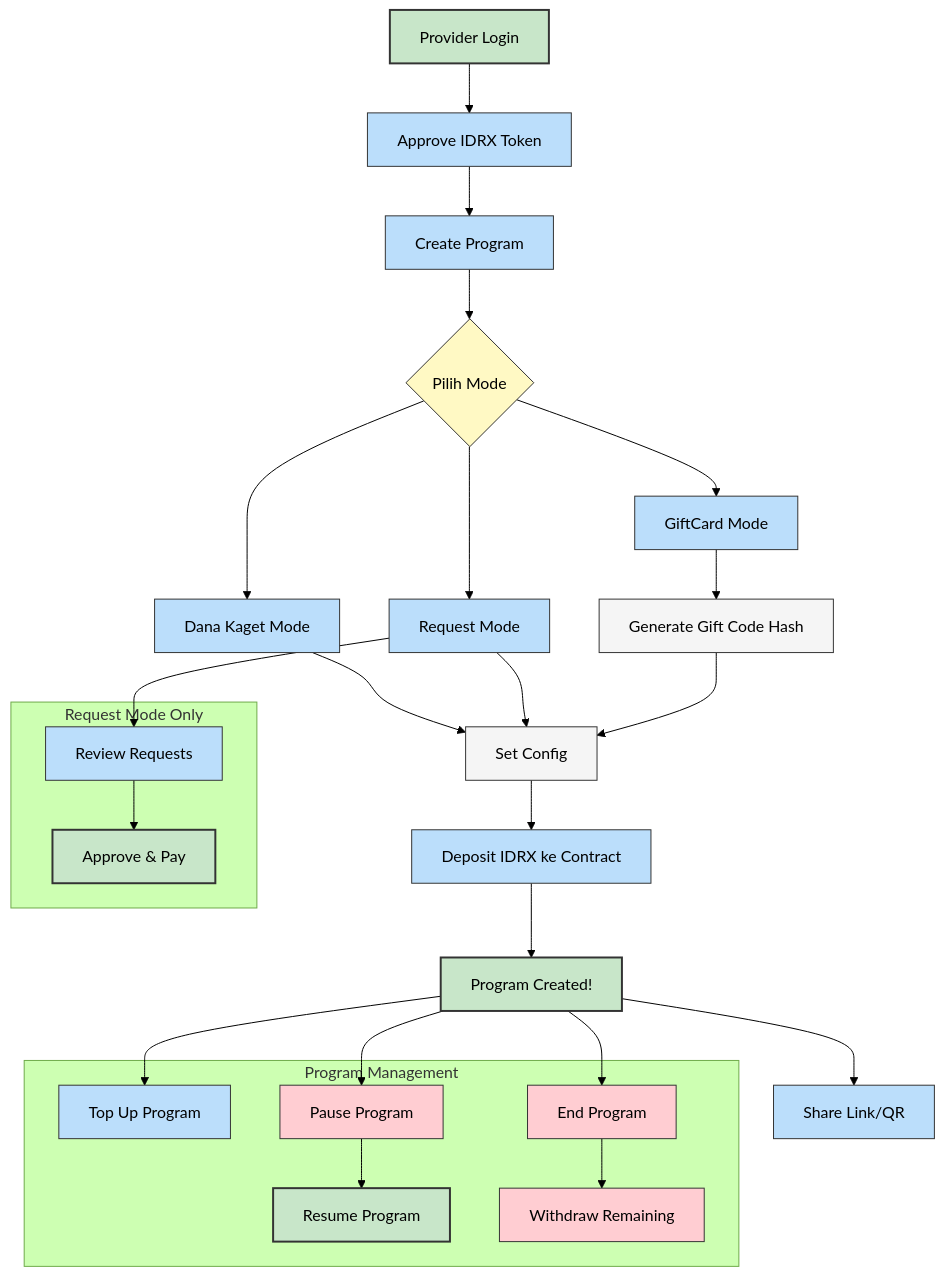
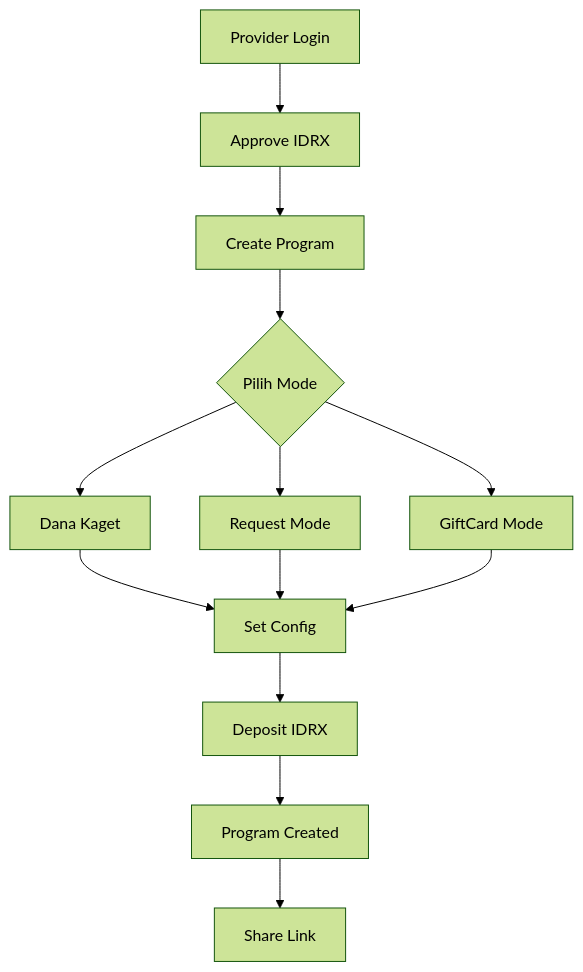
One commit to raflimulyarahman/PocketGrant changed the third of 9 diagrams in WALKTHROUGH.md. Above: the diagram before and after it, drawn with Mermaid (forest theme). The commit also changed other lines of this file, not shown here.

Commit message:
docs: Simplify mermaid diagrams and entity details in the walkthrough.

````diff
--- a/WALKTHROUGH.md
+++ b/WALKTHROUGH.md
@@ -108,46 +81,15 @@
 ```mermaid
 flowchart TD
-    classDef positive stroke:#333,stroke-width:2px,fill:#c8e6c9,color:#000
-    classDef actionNode stroke:#333,stroke-width:1px,fill:#bbdefb,color:#000
-    classDef decision stroke:#333,stroke-width:1px,fill:#fff9c4,color:#000
-    classDef danger stroke:#333,stroke-width:1px,fill:#ffcdd2,color:#000
-    classDef infoNode stroke:#333,stroke-width:1px,fill:#f5f5f5,color:#000
-
-    A["Provider Login"]:::positive --> B["Approve IDRX Token"]:::actionNode
-    B --> C["Create Program"]:::actionNode
-
-    C --> D{Pilih Mode}:::decision
-    D --> D1["Dana Kaget Mode"]:::actionNode
-    D --> D2["Request Mode"]:::actionNode
-    D --> D3["GiftCard Mode"]:::actionNode
-
-    D1 --> E["Set Config"]:::infoNode
+    A[Provider Login] --> B[Approve IDRX]
+    B --> C[Create Program]
+    C --> D{Pilih Mode}
+    D --> D1[Dana Kaget]
+    D --> D2[Request Mode]
+    D --> D3[GiftCard Mode]
+    D1 --> E[Set Config]
     D2 --> E
-    D3 --> F["Generate Gift Code Hash"]:::infoNode
-    F --> E
-
-    E --> G["Deposit IDRX ke Contract"]:::actionNode
-    G --> H["Program Created!"]:::positive
-    H --> I["Share Link/QR"]:::actionNode
-
-    subgraph "Program Management"
-        J["Top Up Program"]:::actionNode
-        K["Pause Program"]:::danger
-        L["Resume Program"]:::positive
-        M["End Program"]:::danger
-        N["Withdraw Remaining"]:::danger
-    end
-
-    H --> J
-    H --> K
-    K --> L
-    H --> M
-    M --> N
-
-    subgraph "Request Mode Only"
-        O["Review Requests"]:::actionNode
-        O --> P["Approve & Pay"]:::positive
-    end
-
-    D2 --> O
+    D3 --> E
+    E --> F[Deposit IDRX]
+    F --> G[Program Created]
+    G --> H[Share Link]
 ```
````
